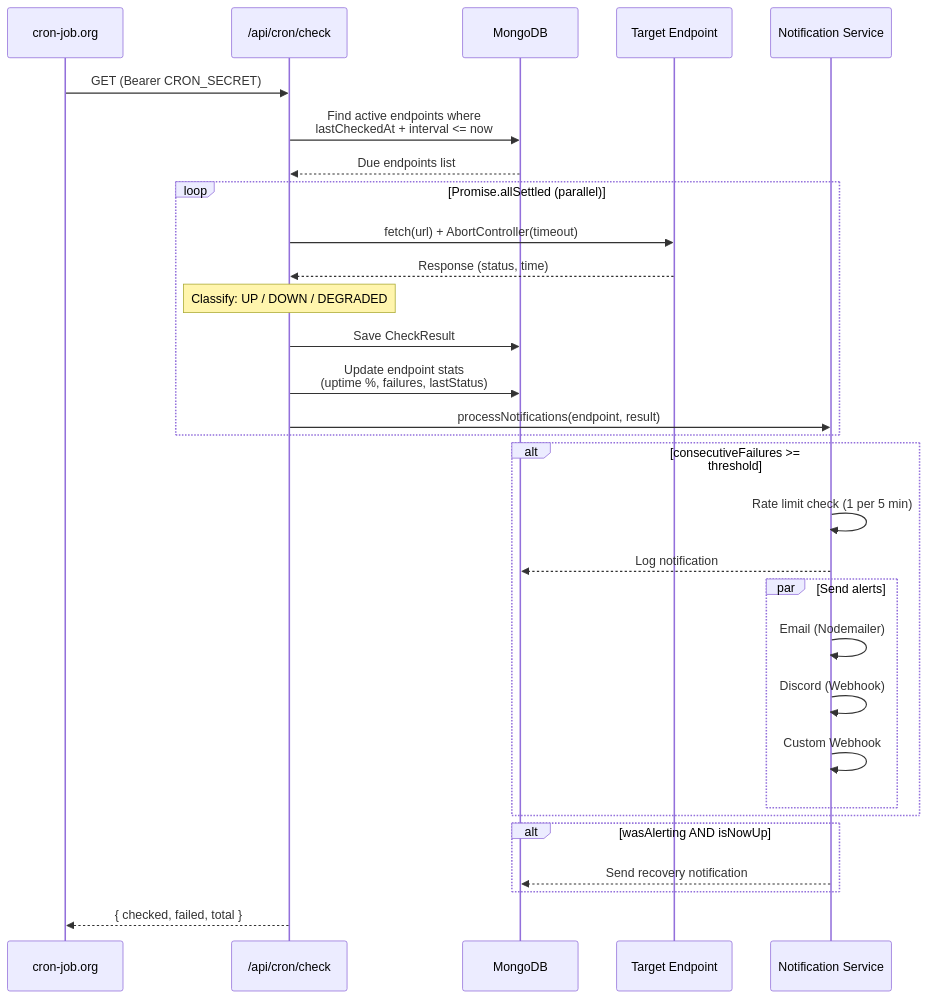
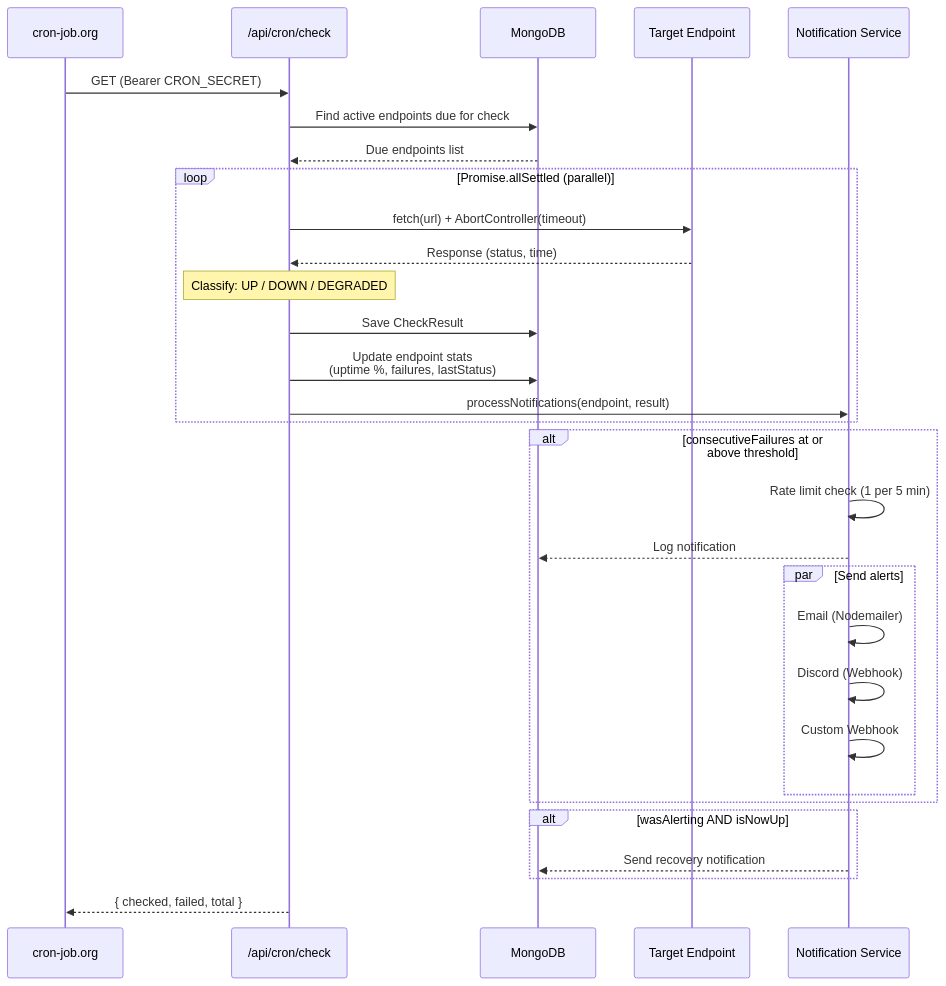
One commit to SeoulX/pulse changed the second of 6 diagrams in README.md. Above: the diagram before and after it, drawn with Mermaid. The commit also changed other lines of this file, not shown here.

First line of the commit message:
fix: mermaid diagram syntax issues in README

````diff
--- a/README.md
+++ b/README.md
@@ -78,37 +79,37 @@
 ```mermaid
 sequenceDiagram
     participant Cron as cron-job.org
     participant API as /api/cron/check
     participant DB as MongoDB
     participant EP as Target Endpoint
     participant Notif as Notification Service
 
     Cron->>API: GET (Bearer CRON_SECRET)
-    API->>DB: Find active endpoints where<br/>lastCheckedAt + interval <= now
+    API->>DB: Find active endpoints due for check
     DB-->>API: Due endpoints list
 
     loop Promise.allSettled (parallel)
         API->>EP: fetch(url) + AbortController(timeout)
         EP-->>API: Response (status, time)
         Note over API: Classify: UP / DOWN / DEGRADED
         API->>DB: Save CheckResult
         API->>DB: Update endpoint stats<br/>(uptime %, failures, lastStatus)
         API->>Notif: processNotifications(endpoint, result)
     end
 
-    alt consecutiveFailures >= threshold
+    alt consecutiveFailures at or above threshold
         Notif->>Notif: Rate limit check (1 per 5 min)
         Notif-->>DB: Log notification
         par Send alerts
             Notif->>Notif: Email (Nodemailer)
             Notif->>Notif: Discord (Webhook)
             Notif->>Notif: Custom Webhook
         end
     end
 
     alt wasAlerting AND isNowUp
         Notif-->>DB: Send recovery notification
     end
 
     API-->>Cron: { checked, failed, total }
 ```
````
